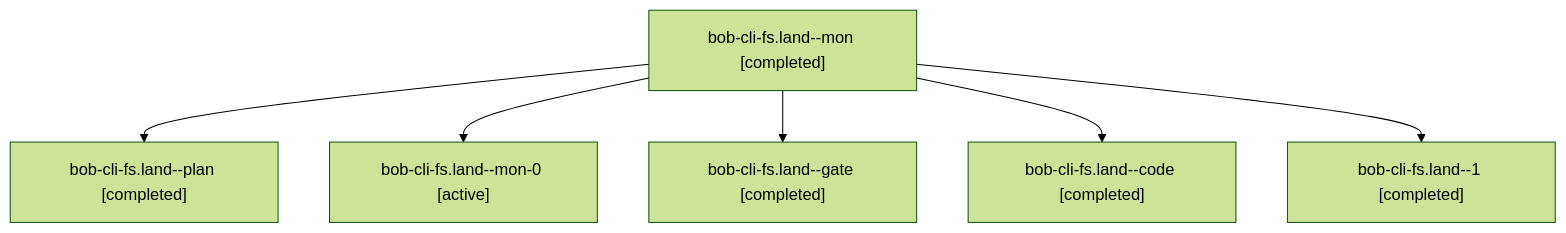
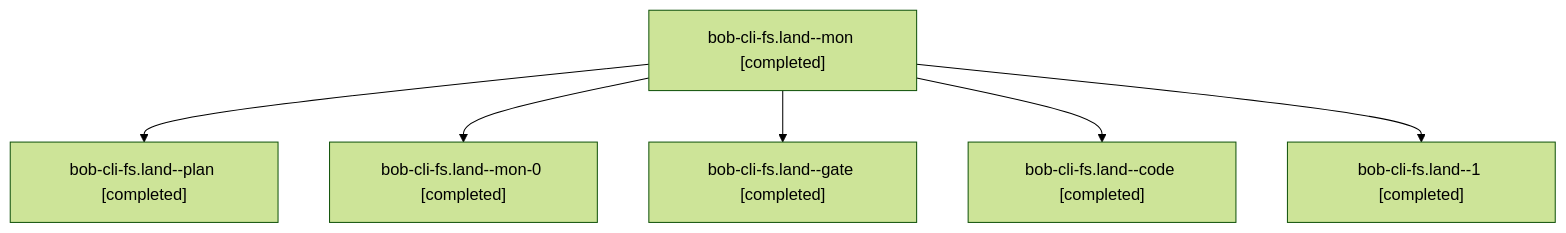
One commit to bobs-org/bob-cli--agents changed the diagram in sessions/bbugyi200.athena.bob-cli-fs.land.md. Above: the diagram before and after it, drawn with Mermaid (forest theme). The commit also changed other lines of this file and 112 other files, not shown here.

````diff
--- a/sessions/bbugyi200.athena.bob-cli-fs.land.md
+++ b/sessions/bbugyi200.athena.bob-cli-fs.land.md
@@ -9,14 +9,14 @@
 ```mermaid
 flowchart TD
   n0["bob-cli-fs.land--mon [completed]"]
   n1["bob-cli-fs.land--plan [completed]"]
   n0 --> n1
-  n2["bob-cli-fs.land--mon-0 [active]"]
+  n2["bob-cli-fs.land--mon-0 [completed]"]
   n0 --> n2
   n3["bob-cli-fs.land--gate [completed]"]
   n0 --> n3
   n4["bob-cli-fs.land--code [completed]"]
   n0 --> n4
   n5["bob-cli-fs.land--1 [completed]"]
   n0 --> n5
 ```
````
